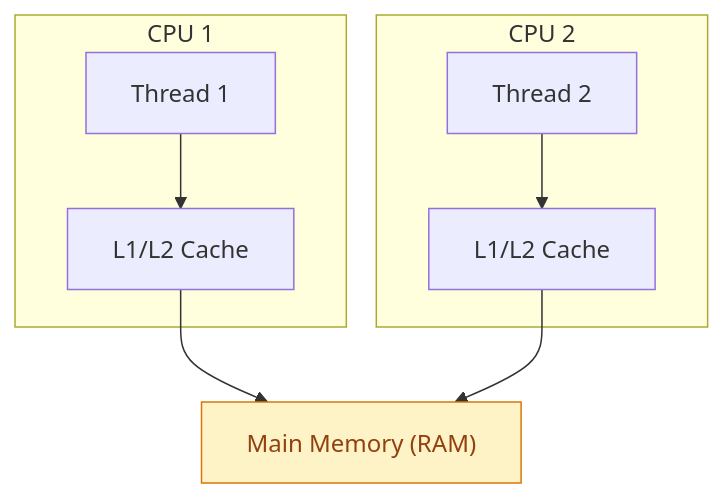
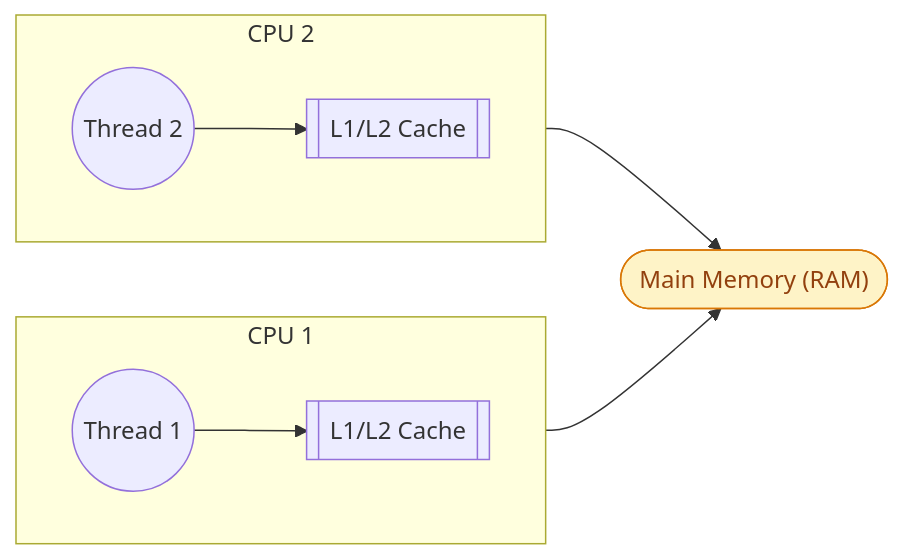
The third of 9 diagrams in docs/java/MultiThreading.md (saivamsikaruturi/vamsilabs-dev-notes-main), drawn with Mermaid before and after one commit. The commit also changed other lines of this file and 146 other files, not shown here.

Commit message:
Horizontal diagrams, UML class diagrams, typography overhaul, and permalink cleanup

````diff
--- a/docs/java/MultiThreading.md
+++ b/docs/java/MultiThreading.md
@@ -233,17 +233,19 @@
 ```mermaid
-graph TD
+flowchart LR
     subgraph "CPU 1"
-        T1["Thread 1"]
-        C1["L1/L2 Cache"]
+        direction LR
+        T1(("Thread 1"))
+        C1[["L1/L2 Cache"]]
         T1 --> C1
     end
     subgraph "CPU 2"
-        T2["Thread 2"]
-        C2["L1/L2 Cache"]
+        direction LR
+        T2(("Thread 2"))
+        C2[["L1/L2 Cache"]]
         T2 --> C2
     end
-    C1 --> RAM["Main Memory (RAM)"]
+    C1 --> RAM(["Main Memory (RAM)"])
     C2 --> RAM
 
     style RAM fill:#FEF3C7,stroke:#D97706,color:#92400E
 ```
````
